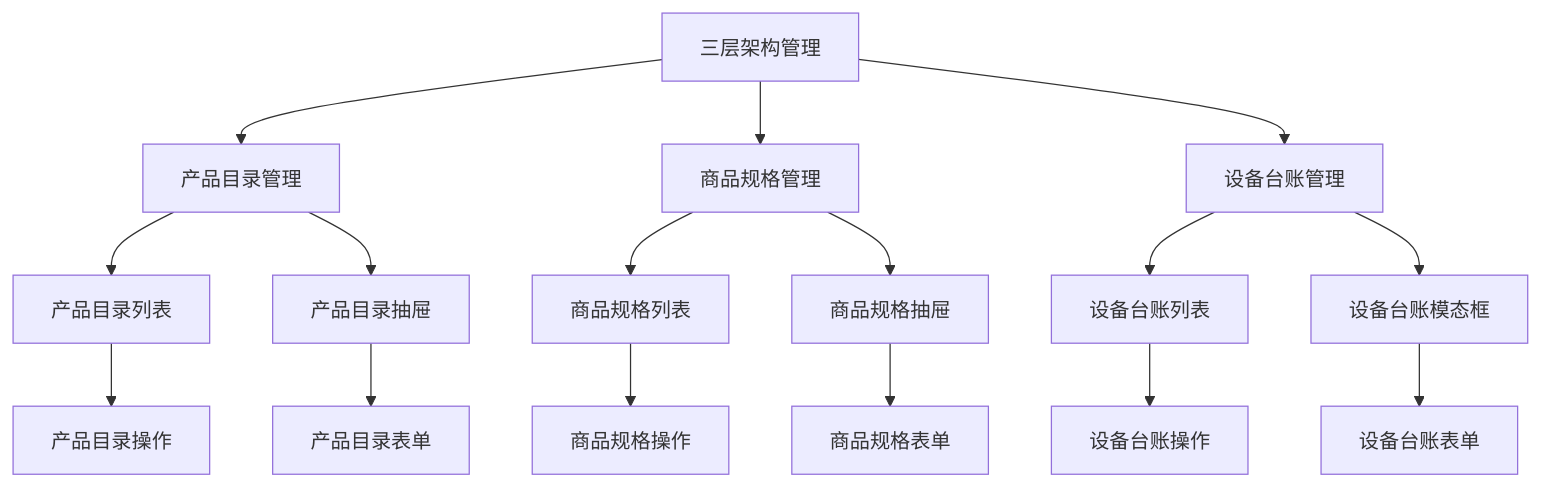
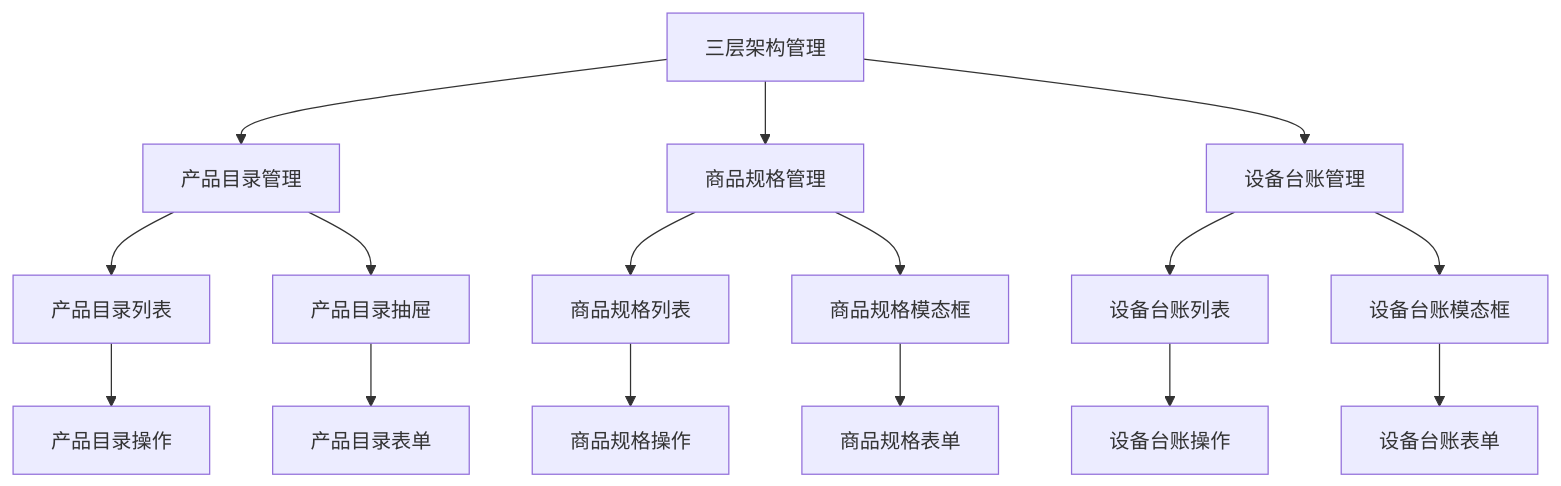
One commit to CubeEdge/Longhorn changed the sixth of 14 diagrams in .qoder/repowiki/zh/content/前端组件架构/产品管理界面/产品管理界面.md. Above: the diagram before and after it, drawn with Mermaid. The commit also changed other lines of this file and 53 other files, not shown here.

````diff
--- a/.qoder/repowiki/zh/content/前端组件架构/产品管理界面/产品管理界面.md
+++ b/.qoder/repowiki/zh/content/前端组件架构/产品管理界面/产品管理界面.md
@@ -426,18 +430,18 @@
 ```mermaid
 flowchart TD
 ThreeLayerArchitecture[三层架构管理] --> ProductModels[产品目录管理]
 ThreeLayerArchitecture --> ProductSkus[商品规格管理]
 ThreeLayerArchitecture --> DeviceLedger[设备台账管理]
 ProductModels --> ModelList[产品目录列表]
 ProductModels --> ModelDrawer[产品目录抽屉]
 ProductSkus --> SkuList[商品规格列表]
-ProductSkus --> SkuDrawer[商品规格抽屉]
+ProductSkus --> SkuModal[商品规格模态框]
 DeviceLedger --> InstanceList[设备台账列表]
 DeviceLedger --> InstanceModal[设备台账模态框]
 ModelList --> ModelOperations[产品目录操作]
 ModelDrawer --> ModelForm[产品目录表单]
 SkuList --> SkuOperations[商品规格操作]
-SkuDrawer --> SkuForm[商品规格表单]
+SkuModal --> SkuForm[商品规格表单]
 InstanceList --> InstanceOperations[设备台账操作]
 InstanceModal --> InstanceForm[设备台账表单]
 ```
````
